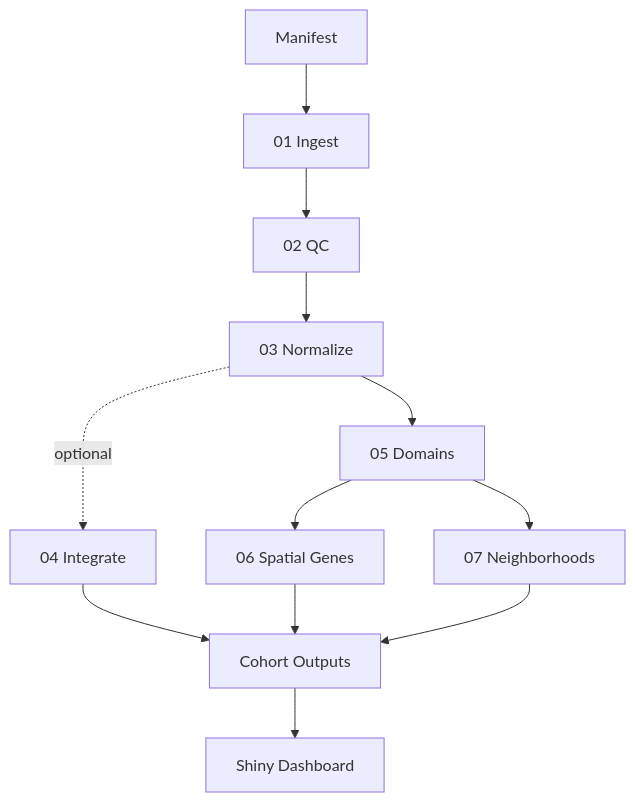
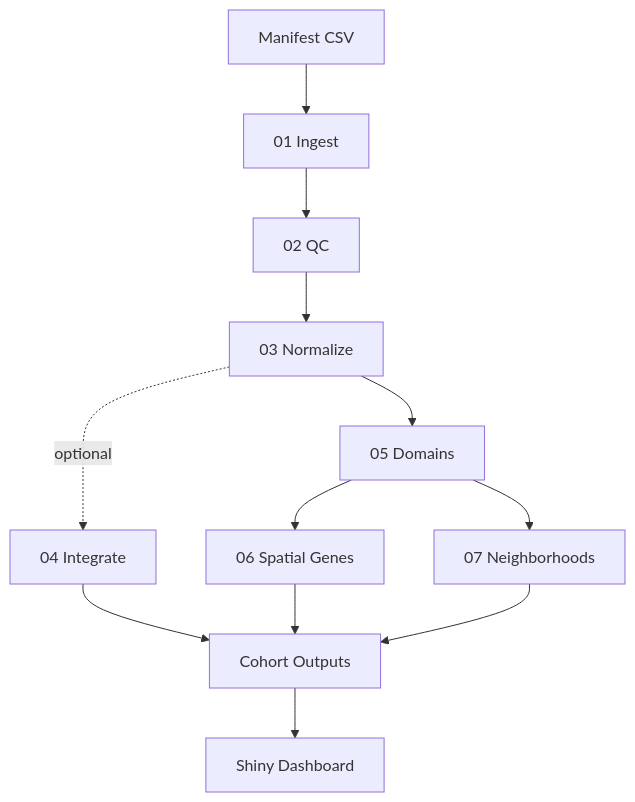
The diagram in README.md (Bit-2310/Spatial_Insights_Cohort), drawn with Mermaid before and after one commit. The commit also changed other lines of this file and 10 other files, not shown here.

````diff
--- a/README.md
+++ b/README.md
@@ -52,14 +66,14 @@
 ```mermaid
 flowchart TD
-  A[Manifest] --> B[01 Ingest]
+  A[Manifest CSV] --> B[01 Ingest]
   B --> C[02 QC]
   C --> D[03 Normalize]
   D --> F[05 Domains]
   F --> G[06 Spatial Genes]
   F --> H[07 Neighborhoods]
   D -. optional .-> E[04 Integrate]
   E --> I[Cohort Outputs]
   G --> I
   H --> I
   I --> J[Shiny Dashboard]
 ```
````
